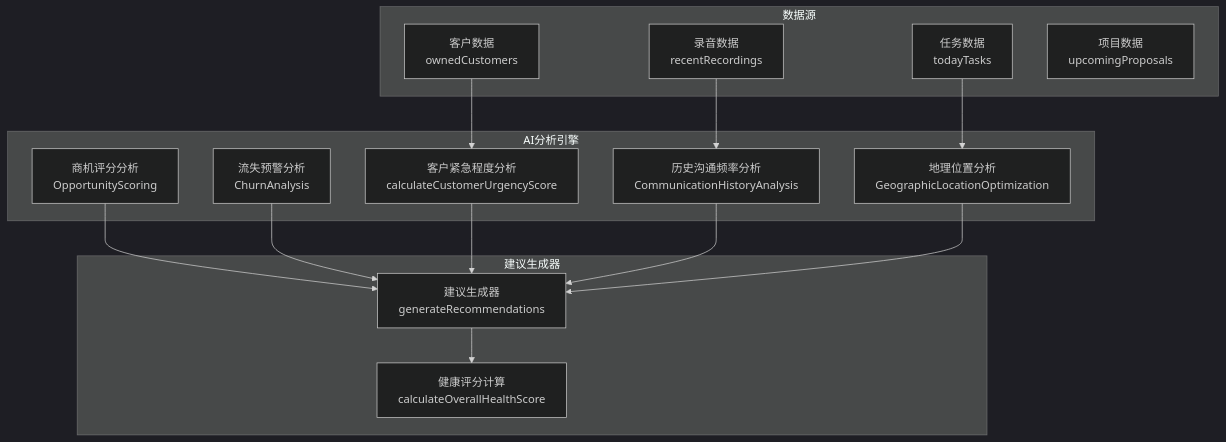
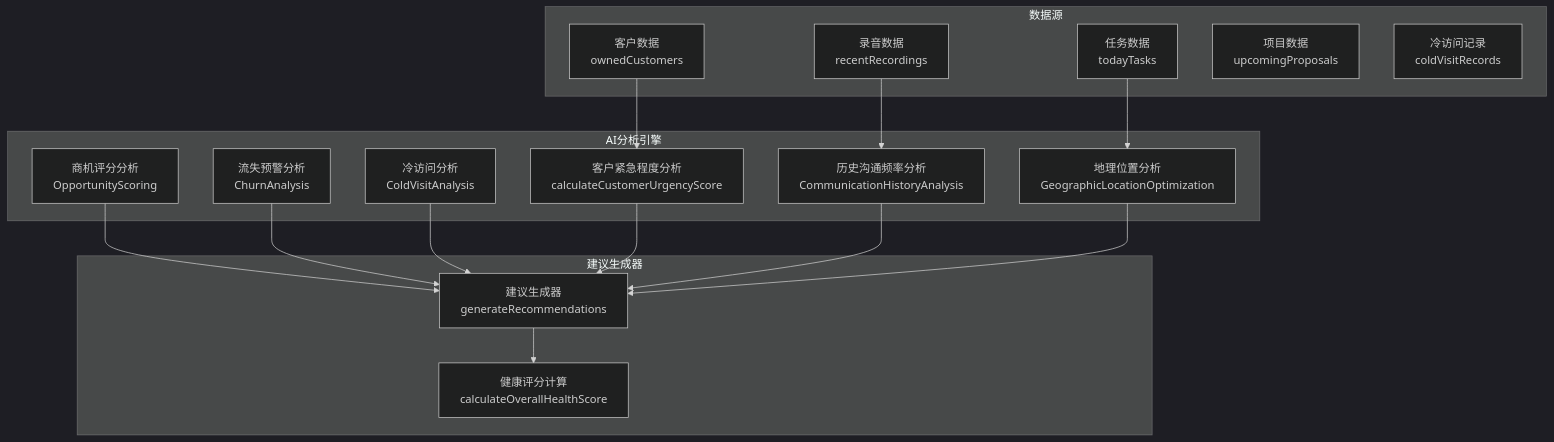
One commit to xianjianshenqu/SalesFlow-CRM changed the eighth of 11 diagrams in .qoder/repowiki/zh/content/核心组件/日程管理组件 (DailySchedule).md. Above: the diagram before and after it, drawn with Mermaid (dark theme). The commit also changed other lines of this file and 9 other files, not shown here.

````diff
--- a/.qoder/repowiki/zh/content/核心组件/日程管理组件 (DailySchedule).md
+++ b/.qoder/repowiki/zh/content/核心组件/日程管理组件 (DailySchedule).md
@@ -253,29 +376,32 @@
 ```mermaid
 graph TB
 subgraph "AI分析引擎"
 CS["客户紧急程度分析<br/>calculateCustomerUrgencyScore"]
 CH["历史沟通频率分析<br/>CommunicationHistoryAnalysis"]
 GL["地理位置分析<br/>GeographicLocationOptimization"]
 OS["商机评分分析<br/>OpportunityScoring"]
 CA["流失预警分析<br/>ChurnAnalysis"]
+CVA["冷访问分析<br/>ColdVisitAnalysis"]
 end
 subgraph "建议生成器"
 SG["建议生成器<br/>generateRecommendations"]
 SC["健康评分计算<br/>calculateOverallHealthScore"]
 end
 subgraph "数据源"
 CD["客户数据<br/>ownedCustomers"]
 RD["录音数据<br/>recentRecordings"]
 TD["任务数据<br/>todayTasks"]
 PD["项目数据<br/>upcomingProposals"]
+CDR["冷访问记录<br/>coldVisitRecords"]
 end
 CD --> CS
 RD --> CH
 TD --> GL
 OS --> SG
 CA --> SG
+CVA --> SG
 CS --> SG
 CH --> SG
 GL --> SG
 SG --> SC
 ```
````
